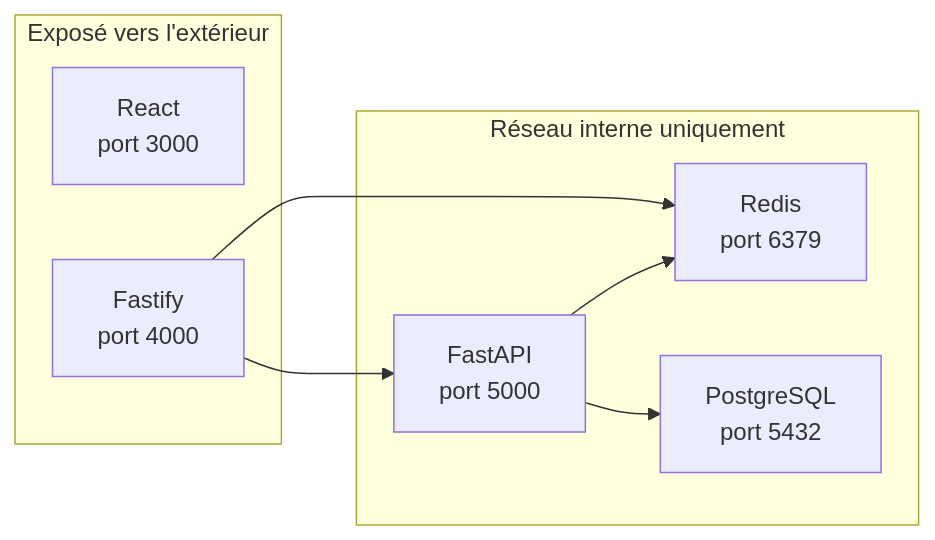
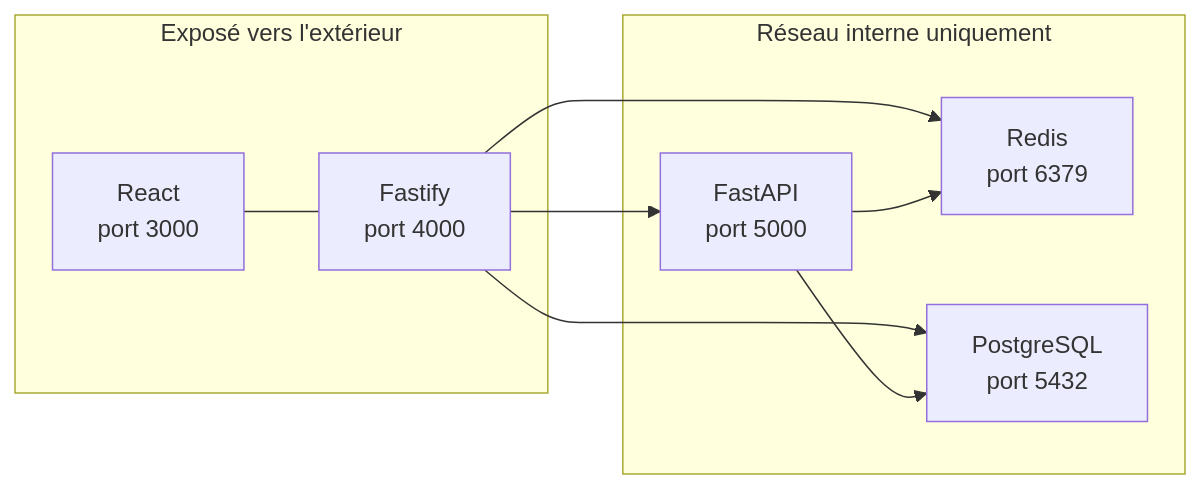
The diagram in architecture/micro-services-architecture.md (Decobolizator/documentation), drawn with Mermaid before and after one commit. The commit also changed 2 other files, not shown here.

Commit message:
fix(docs): diagram details

````diff
--- a/architecture/micro-services-architecture.md
+++ b/architecture/micro-services-architecture.md
@@ -26,14 +26,14 @@
 ```mermaid
 flowchart LR
 subgraph EXPOSE["Exposé vers l'extérieur"]
-REACT["React<br>port 3000"]
+REACT["React<br>port 3000"]---
 FASTIFY["Fastify<br>port 4000"]
 end
 subgraph INTERNE["Réseau interne uniquement"]
 FASTAPI["FastAPI<br>port 5000"]
 REDIS["Redis<br>port 6379"]
 PG["PostgreSQL<br>port 5432"]
 end
-FASTIFY --> FASTAPI & REDIS
+FASTIFY --> FASTAPI & REDIS & PG
 FASTAPI --> REDIS & PG
 ```
````
